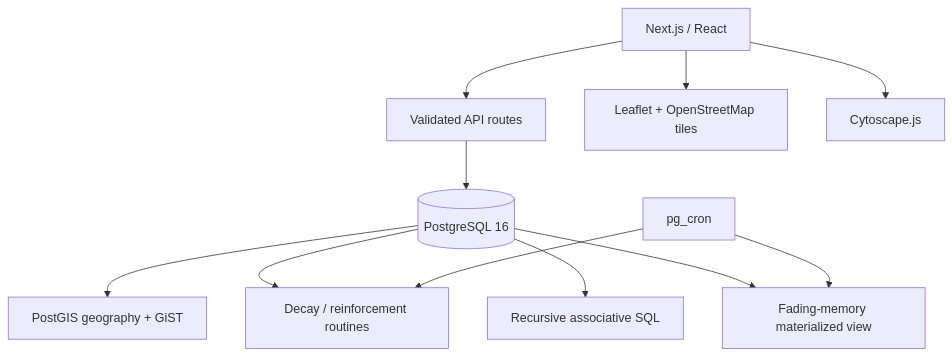
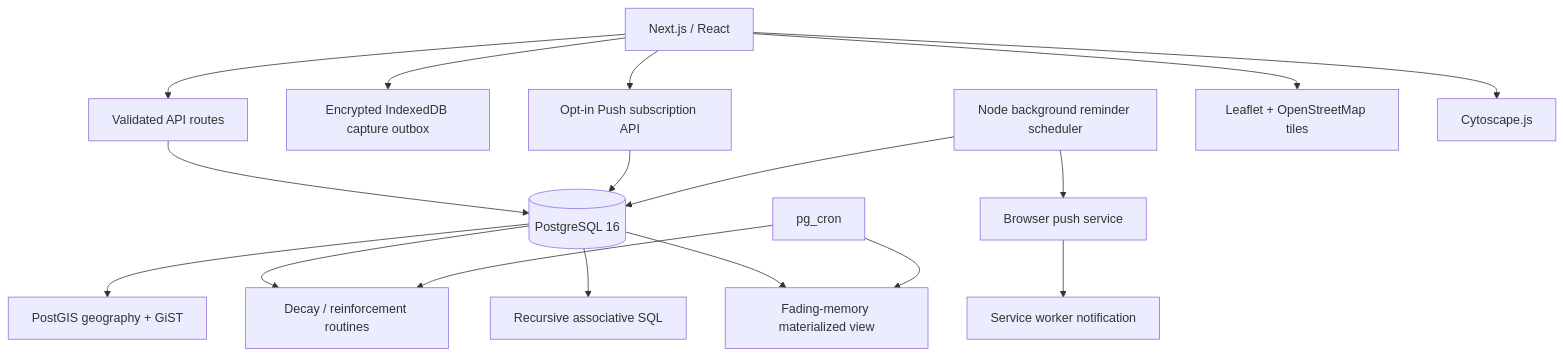
The diagram in docs/architecture/SYSTEM_ARCHITECTURE.md (dumbly-smart/Memory-Scape), drawn with Mermaid before and after one commit. The commit also changed other lines of this file and 9 other files, not shown here.

````diff
--- a/docs/architecture/SYSTEM_ARCHITECTURE.md
+++ b/docs/architecture/SYSTEM_ARCHITECTURE.md
@@ -5,13 +5,19 @@
 ```mermaid
 flowchart TD
   UI[Next.js / React] --> API[Validated API routes]
   API --> PG[(PostgreSQL 16)]
   PG --> GIS[PostGIS geography + GiST]
   PG --> DECAY[Decay / reinforcement routines]
   PG --> RCTE[Recursive associative SQL]
   PG --> MV[Fading-memory materialized view]
   CRON[pg_cron] --> DECAY
   CRON --> MV
+  UI --> OUTBOX[Encrypted IndexedDB capture outbox]
+  UI --> SUB[Opt-in Push subscription API]
+  SUB --> PG
+  PUSH[Node background reminder scheduler] --> PG
+  PUSH --> WEBPUSH[Browser push service]
+  WEBPUSH --> SW[Service worker notification]
   UI --> MAP[Leaflet + OpenStreetMap tiles]
   UI --> GRAPH[Cytoscape.js]
 ```
````
